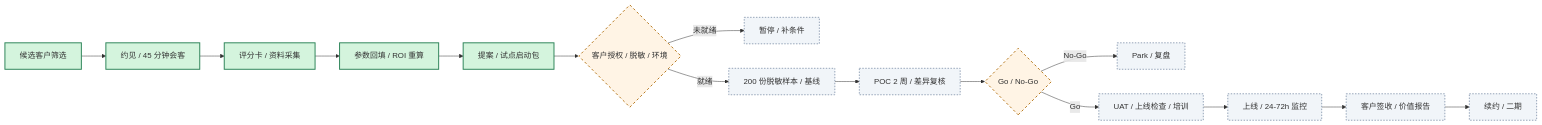
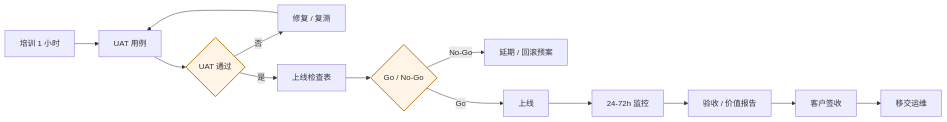
One commit to roma007/Enterprise-AI changed the eighth of 8 diagrams in 实施全景图.md. Above: the diagram before and after it, drawn with Mermaid. The commit also changed other lines of this file and 9 other files, not shown here.

Commit message:
docs(map): 实施全景图重构为客户现场实施 [PREP-01]

````diff
--- a/实施全景图.md
+++ b/实施全景图.md
@@ -430,24 +392,18 @@
 ```mermaid
 flowchart LR
-  P0[候选客户筛选] --> P1[约见 / 45 分钟会客]
-  P1 --> P2[评分卡 / 资料采集]
-  P2 --> P3[参数回填 / ROI 重算]
-  P3 --> P4[提案 / 试点启动包]
-  P4 --> P5{客户授权 / 脱敏 / 环境}
-  P5 -->|未就绪| PX[暂停 / 补条件]
-  P5 -->|就绪| P6[200 份脱敏样本 / 基线]
-  P6 --> P7[POC 2 周 / 差异复核]
-  P7 --> P8{Go / No-Go}
-  P8 -->|No-Go| PZ[Park / 复盘]
-  P8 -->|Go| P9[UAT / 上线检查 / 培训]
-  P9 --> P10[上线 / 24-72h 监控]
-  P10 --> P11[客户签收 / 价值报告]
-  P11 --> P12[续约 / 二期]
+  A[培训 1 小时] --> B[UAT 用例]
+  B --> C{UAT 通过}
+  C -->|否| D[修复 / 复测]
+  D --> B
+  C -->|是| E[上线检查表]
+  E --> F{Go / No-Go}
+  F -->|No-Go| G[延期 / 回滚预案]
+  F -->|Go| H[上线]
+  H --> I[24-72h 监控]
+  I --> J[验收 / 价值报告]
+  J --> K[客户签收]
+  K --> L[移交运维]
 
-  classDef done fill:#d4f4dd,stroke:#2f855a,stroke-width:2px
-  classDef partial fill:#fff4e5,stroke:#b7791f,stroke-width:2px,stroke-dasharray:5 5
-  classDef todo fill:#f1f5f9,stroke:#94a3b8,stroke-width:2px,stroke-dasharray:3 3
-  class P0,P1,P2,P3,P4 done
-  class P5,P8 partial
-  class P6,P7,P9,P10,P11,P12,PX,PZ todo
+  classDef gate fill:#fff4e5,stroke:#b7791f,stroke-width:2px
+  class C,F gate
 ```
````
